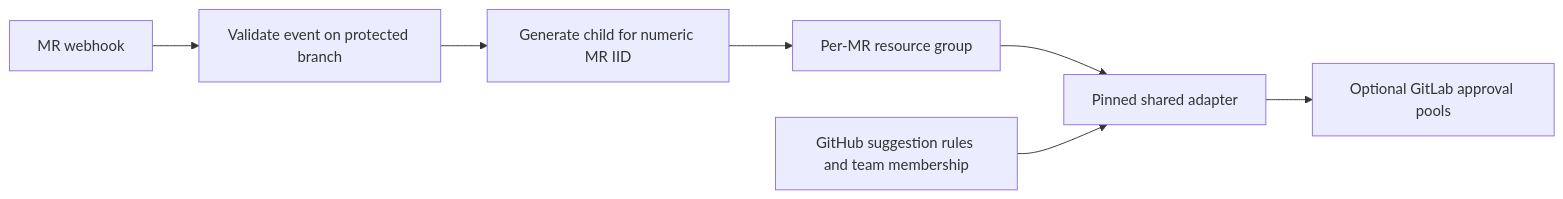
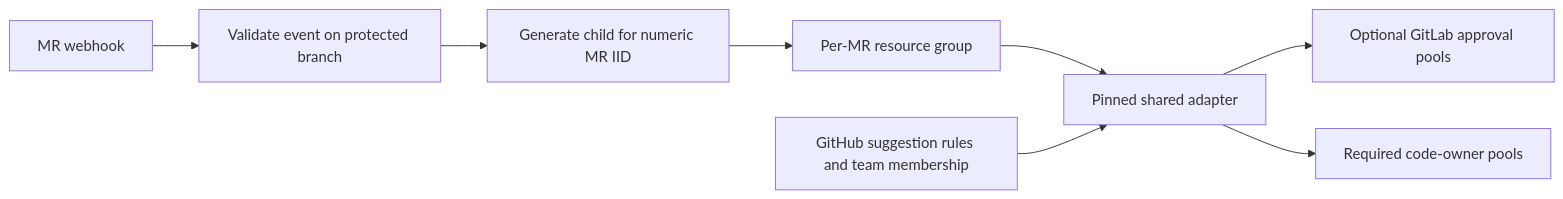
Before and after one commit to NVIDIA-NeMo/Gym: the diagram in .gitlab/ci/README.md, drawn with Mermaid. The commit also changed other lines of this file and 2 other files, not shown here.

````diff
--- a/.gitlab/ci/README.md
+++ b/.gitlab/ci/README.md
@@ -47,9 +47,10 @@
 ```mermaid
 flowchart LR
   Event[MR webhook] --> Prepare[Validate event on protected branch]
   Prepare --> Child[Generate child for numeric MR IID]
   Child --> Lock[Per-MR resource group]
   Lock --> Adapter[Pinned shared adapter]
   Rules[GitHub suggestion rules and team membership] --> Adapter
   Adapter --> Pools[Optional GitLab approval pools]
+  Adapter --> Required[Required code-owner pools]
 ```
````
